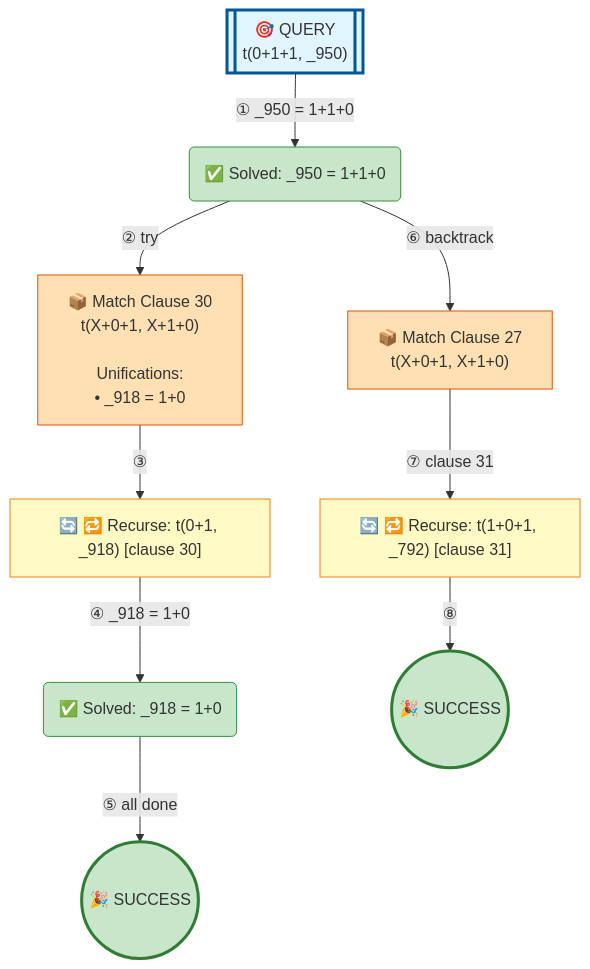
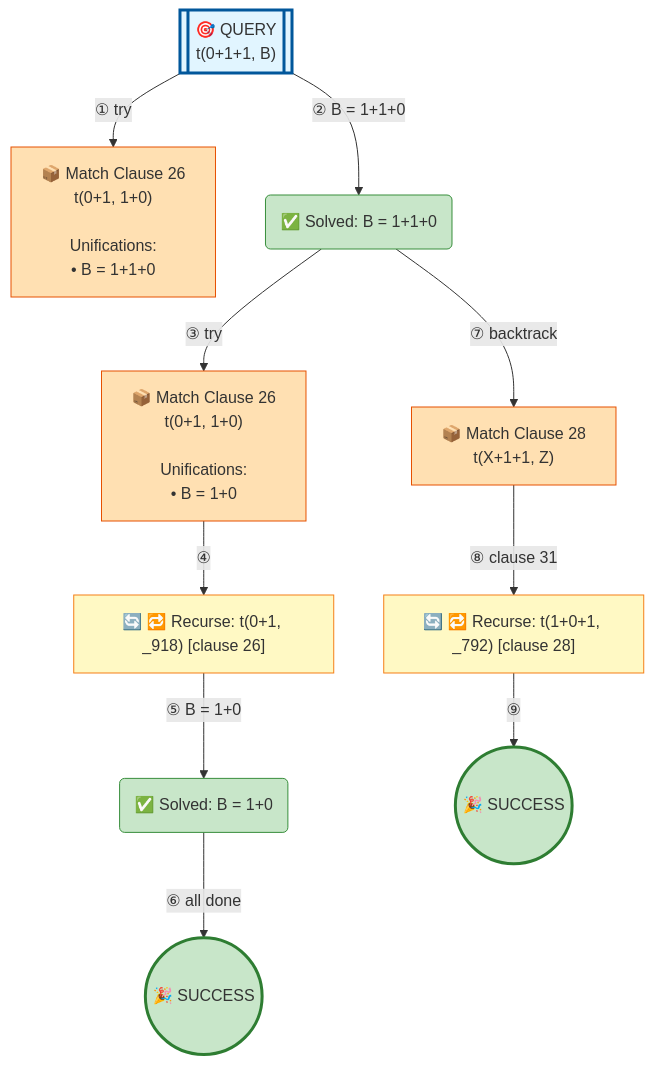
One commit to jarecsni/prolog-trace-viz changed the diagram in examples/3_3_operators-detailed.md. Above: the diagram before and after it, drawn with Mermaid. The commit also changed other lines of this file and 26 other files, not shown here.

````diff
--- a/examples/3_3_operators-detailed.md
+++ b/examples/3_3_operators-detailed.md
@@ -17,35 +21,38 @@
 ```mermaid
 graph TD
 
 %% Nodes
-A[["🎯 QUERY<br/>t(0+1+1, _950)"]]
-B("✅ Solved: _950 = 1+1+0")
-C["🔄 🔁 Recurse: t(0+1, _918) [clause 30]"]
-D["📦 Match Clause 30<br/>t(X+0+1, X+1+0)<br/><br/>Unifications:<br/>• _918 = 1+0"]
-E("✅ Solved: _918 = 1+0")
-F(("🎉 SUCCESS"))
-G["📦 Match Clause 27<br/>t(X+0+1, X+1+0)"]
-H["🔄 🔁 Recurse: t(1+0+1, _792) [clause 31]"]
-I(("🎉 SUCCESS"))
+A[["🎯 QUERY<br/>t(0+1+1, B)"]]
+B["📦 Match Clause 26<br/>t(0+1, 1+0)<br/><br/>Unifications:<br/>• B = 1+1+0"]
+C("✅ Solved: B = 1+1+0")
+D["🔄 🔁 Recurse: t(0+1, _918) [clause 26]"]
+E["📦 Match Clause 26<br/>t(0+1, 1+0)<br/><br/>Unifications:<br/>• B = 1+0"]
+F("✅ Solved: B = 1+0")
+G(("🎉 SUCCESS"))
+H["📦 Match Clause 28<br/>t(X+1+1, Z)"]
+I["🔄 🔁 Recurse: t(1+0+1, _792) [clause 28]"]
+J(("🎉 SUCCESS"))
 
 %% Edges
-A -->|"① _950 = 1+1+0"| B
-B -->|"② try"| D
-D -->|"③"| C
-C -->|"④ _918 = 1+0"| E
-E -->|"⑤ all done"| F
-B -->|"⑥ backtrack"| G
-G -->|"⑦ clause 31"| H
-H -->|"⑧"| I
+A -->|"① try"| B
+A -->|"② B = 1+1+0"| C
+C -->|"③ try"| E
+E -->|"④"| D
+D -->|"⑤ B = 1+0"| F
+F -->|"⑥ all done"| G
+C -->|"⑦ backtrack"| H
+H -->|"⑧ clause 31"| I
+I -->|"⑨"| J
 
 %% Styles
 style A fill:#e1f5ff,stroke:#01579b,stroke-width:3px
-style B fill:#c8e6c9,stroke:#388e3c
-style C fill:#fff9c4,stroke:#f57f17
-style D fill:#ffe0b2,stroke:#e65100
-style E fill:#c8e6c9,stroke:#388e3c
-style F fill:#c8e6c9,stroke:#2e7d32,stroke-width:3px
-style G fill:#ffe0b2,stroke:#e65100
-style H fill:#fff9c4,stroke:#f57f17
-style I fill:#c8e6c9,stroke:#2e7d32,stroke-width:3px
+style B fill:#ffe0b2,stroke:#e65100
+style C fill:#c8e6c9,stroke:#388e3c
+style D fill:#fff9c4,stroke:#f57f17
+style E fill:#ffe0b2,stroke:#e65100
+style F fill:#c8e6c9,stroke:#388e3c
+style G fill:#c8e6c9,stroke:#2e7d32,stroke-width:3px
+style H fill:#ffe0b2,stroke:#e65100
+style I fill:#fff9c4,stroke:#f57f17
+style J fill:#c8e6c9,stroke:#2e7d32,stroke-width:3px
 ```
````
